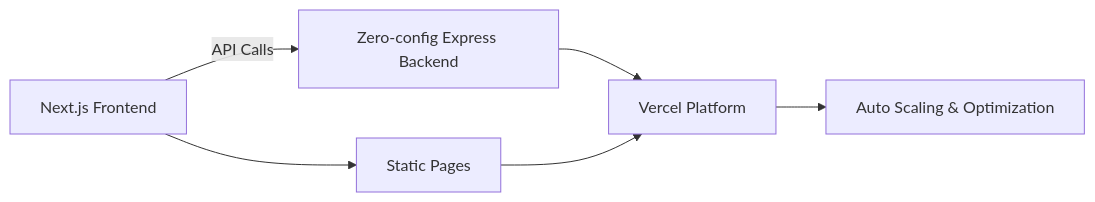
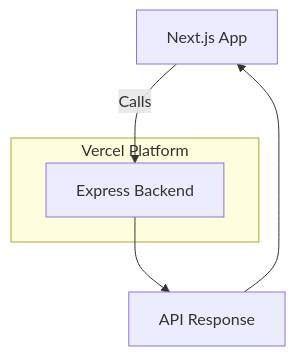
One commit to zeeshanjunaid/zeeshanjunaid.dev changed the diagram in content/blog/2025-09-06-zero-configuration-express-backends-89d739.mdx. Above: the diagram before and after it, drawn with Mermaid. The commit also changed other lines of this file, not shown here.

````diff
--- a/content/blog/2025-09-06-zero-configuration-express-backends-89d739.mdx
+++ b/content/blog/2025-09-06-zero-configuration-express-backends-89d739.mdx
@@ -101,8 +139,9 @@
 ```mermaid
-flowchart LR
-  A[Next.js Frontend] -->|API Calls| B[Zero-config Express Backend]
-  B --> C[Vercel Platform]
-  C --> D[Auto Scaling & Optimization]
-  A --> E[Static Pages]
-  E --> C
+flowchart TD
+  A[Next.js App] -->|Calls| B[Express Backend]
+  B --> C[API Response]
+  C --> A
+  subgraph Vercel Platform
+    B
+  end
 ```
````
